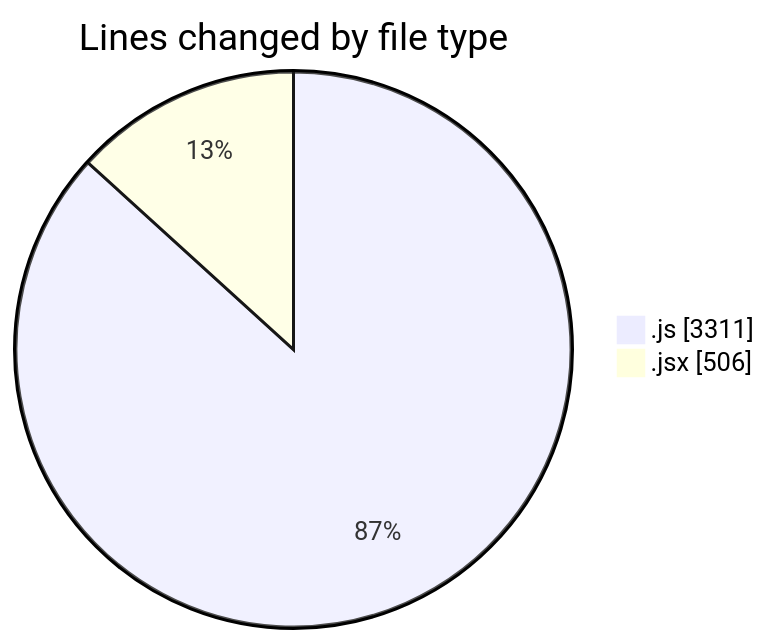
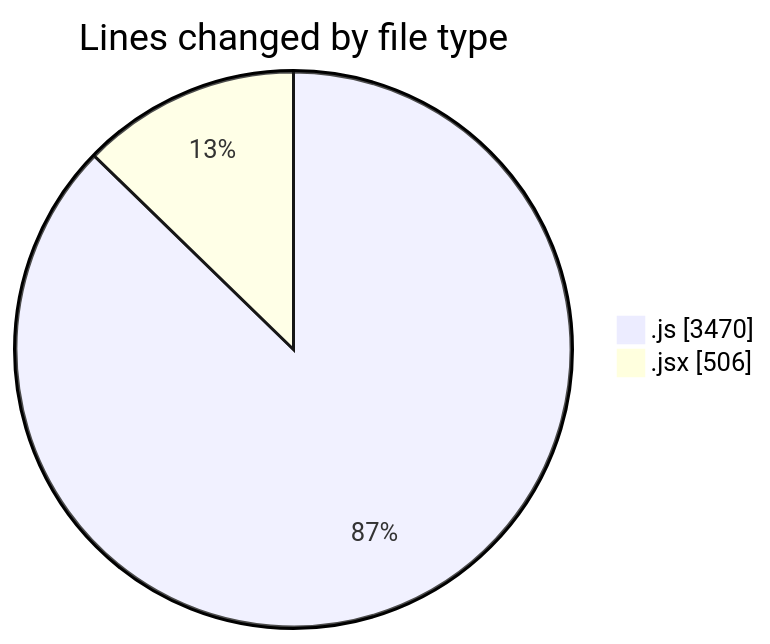
The first of 2 diagrams in 2025-07-27/nxtqube_webapp/README.md (nxtqubesakshisongat/code-tracking), drawn with Mermaid before and after one commit. The commit also changed other lines of this file and 1 other file, not shown here.

````diff
--- a/2025-07-27/nxtqube_webapp/README.md
+++ b/2025-07-27/nxtqube_webapp/README.md
@@ -28,6 +29,6 @@
 ```mermaid
 pie showData
 title Lines changed by file type
-".js" : 3311
+".js" : 3470
 ".jsx" : 506
 ```
````
